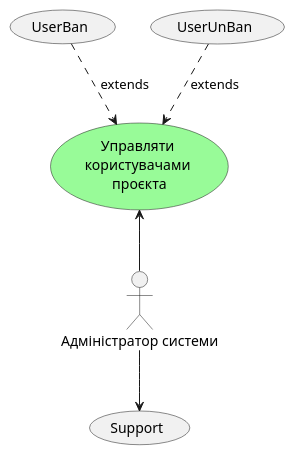
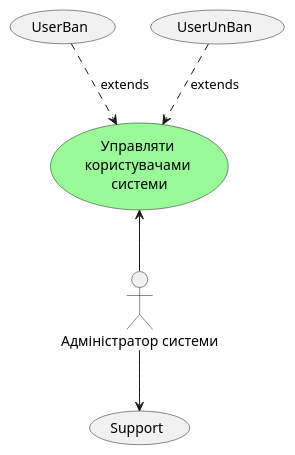
The sixth of 17 diagrams in docs/use cases/README.md (yaryna-bashchak/db_course_work), drawn with PlantUML before and after one commit. The commit also changed other lines of this file, not shown here.

```diff
--- a/docs/use cases/README.md
+++ b/docs/use cases/README.md
@@ -114,18 +191,17 @@
 @startuml
 
 actor "Адміністратор системи"
-usecase "Управляти \nкористувачами \nпроєкта" as MANAGEUPROJ #palegreen
+usecase "Управляти \nкористувачами \nсистеми" as MANAGEUPROJ #palegreen
 usecase "Support" as SUPPROJECT
 
 "Адміністратор системи" -u-> MANAGEUPROJ
 
 usecase "UserBan" as BANPROJ
 usecase "UserUnBan" as UNBANPROJ
 
 BANPROJ .d.> MANAGEUPROJ :extends
 UNBANPROJ .d.> MANAGEUPROJ :extends
 
-
 "Адміністратор системи" -d-> SUPPROJECT
 
 @enduml
```
